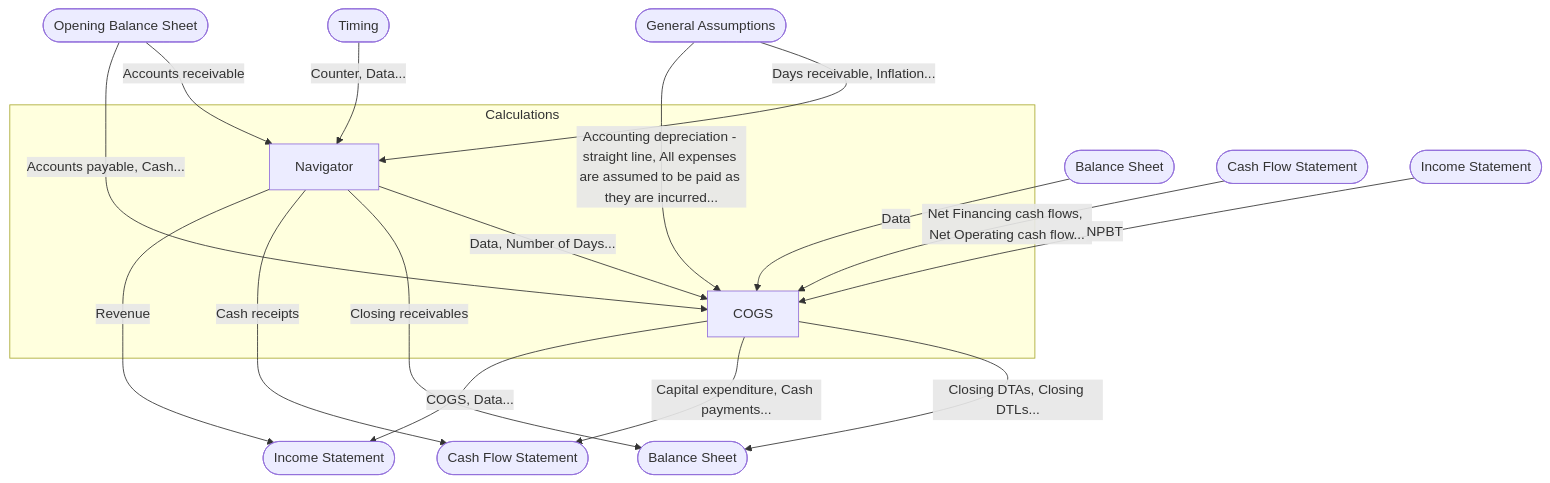
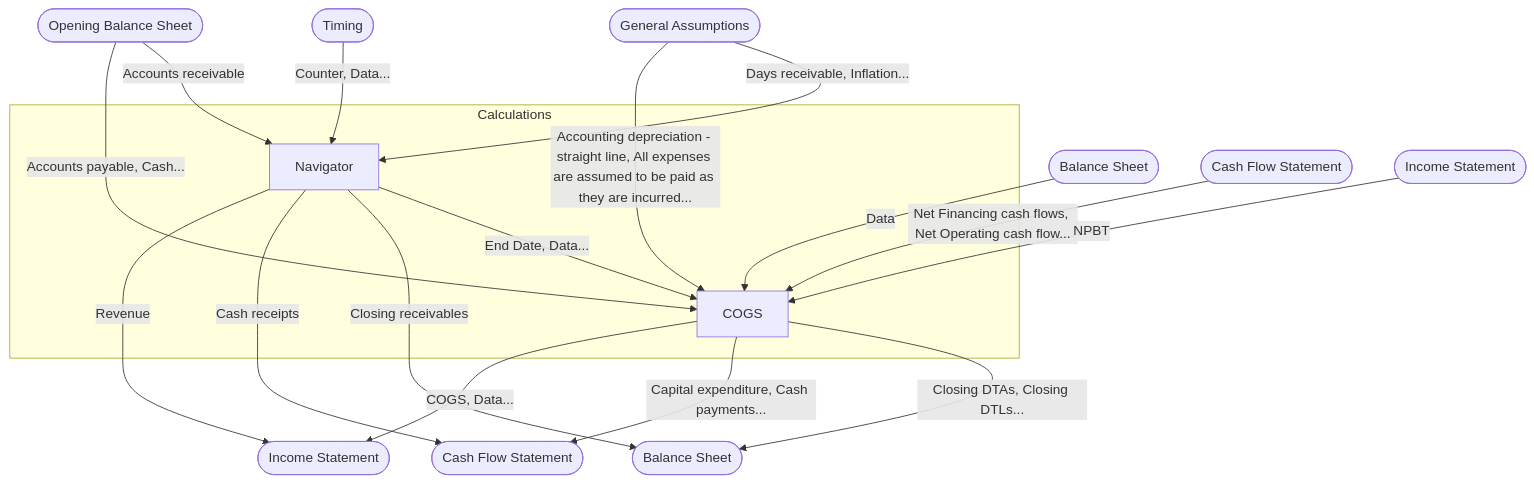
Before and after one commit to Sampi314/Auditor_Agents: the diagram in Cartographer_Output/SP Case Study Interim Model 14 Indirect Cash Flow/Maps/Flow_L2_Calculations.mermaid, drawn with Mermaid. The commit also changed 2 other files, not shown here.

```diff
--- a/Cartographer_Output/SP Case Study Interim Model 14 Indirect Cash Flow/Maps/Flow_L2_Calculations.mermaid
+++ b/Cartographer_Output/SP Case Study Interim Model 14 Indirect Cash Flow/Maps/Flow_L2_Calculations.mermaid
@@ -1,30 +1,30 @@
 flowchart TD
 
     subgraph sg_Calculations["Calculations"]
         sect_Calculations_0["Navigator"]
         sect_Calculations_1["COGS"]
     end
     ext_in_Balance_Sheet(["Balance Sheet"])
     ext_in_Balance_Sheet -- "Data" --> sect_Calculations_1
     ext_in_Cash_Flow_Statement(["Cash Flow Statement"])
     ext_in_Cash_Flow_Statement -- "Net Financing cash flows, Net Operating cash flow..." --> sect_Calculations_1
     ext_in_General_Assumptions(["General Assumptions"])
     ext_in_General_Assumptions -- "Days receivable, Inflation..." --> sect_Calculations_0
     ext_in_General_Assumptions -- "Accounting depreciation - straight line, All expenses are assumed to be paid as they are incurred..." --> sect_Calculations_1
     ext_in_Income_Statement(["Income Statement"])
     ext_in_Income_Statement -- "NPBT" --> sect_Calculations_1
     ext_in_Opening_Balance_Sheet(["Opening Balance Sheet"])
     ext_in_Opening_Balance_Sheet -- "Accounts receivable" --> sect_Calculations_0
     ext_in_Opening_Balance_Sheet -- "Accounts payable, Cash..." --> sect_Calculations_1
     ext_in_Timing(["Timing"])
     ext_in_Timing -- "Counter, Data..." --> sect_Calculations_0
-    sect_Calculations_0 -- "Data, Number of Days..." --> sect_Calculations_1
+    sect_Calculations_0 -- "End Date, Data..." --> sect_Calculations_1
     ext_out_Balance_Sheet(["Balance Sheet"])
     sect_Calculations_0 -- "Closing receivables" --> ext_out_Balance_Sheet
     sect_Calculations_1 -- "Closing DTAs, Closing DTLs..." --> ext_out_Balance_Sheet
     ext_out_Cash_Flow_Statement(["Cash Flow Statement"])
     sect_Calculations_0 -- "Cash receipts" --> ext_out_Cash_Flow_Statement
     sect_Calculations_1 -- "Capital expenditure, Cash payments..." --> ext_out_Cash_Flow_Statement
     ext_out_Income_Statement(["Income Statement"])
     sect_Calculations_0 -- "Revenue" --> ext_out_Income_Statement
     sect_Calculations_1 -- "COGS, Data..." --> ext_out_Income_Statement
```
